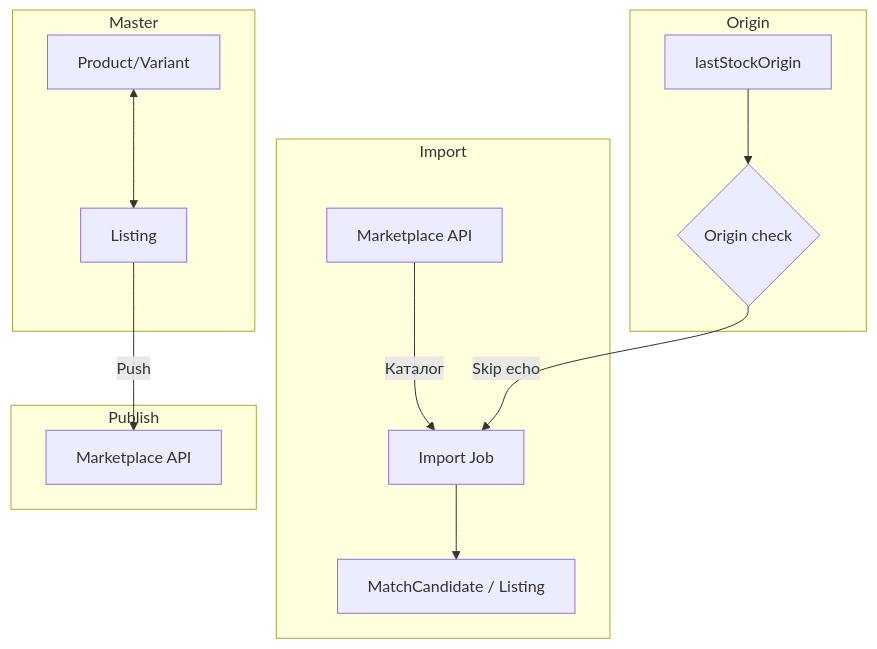
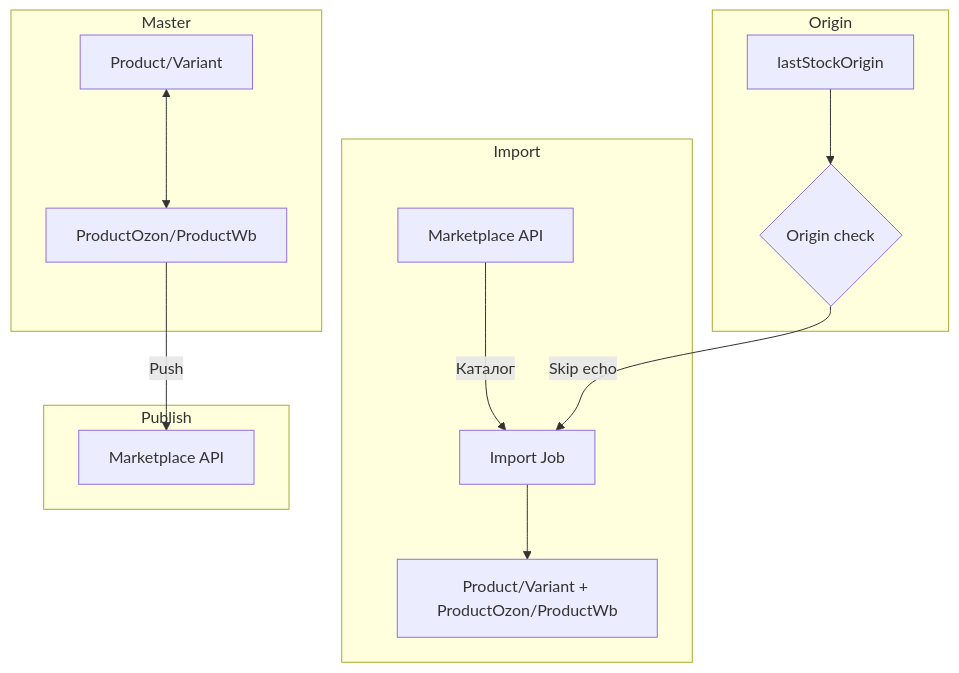
The diagram in docs/architecture/data-flow.md (unger1984/seller), drawn with Mermaid before and after one commit. The commit also changed 12 other files, not shown here.

````diff
--- a/docs/architecture/data-flow.md
+++ b/docs/architecture/data-flow.md
@@ -3,20 +3,20 @@
 ```mermaid
 flowchart TB
     subgraph Import
         A[Marketplace API] -->|Каталог| B[Import Job]
-        B --> C[MatchCandidate / Listing]
+        B --> C[Product/Variant + ProductOzon/ProductWb]
     end
 
     subgraph Master
-        D[Product/Variant] <--> E[Listing]
+        D[Product/Variant] <--> E[ProductOzon/ProductWb]
     end
 
     subgraph Publish
         E -->|Push| F[Marketplace API]
     end
 
     subgraph Origin
         G[lastStockOrigin] --> H{Origin check}
         H -->|Skip echo| B
     end
 ```
````
